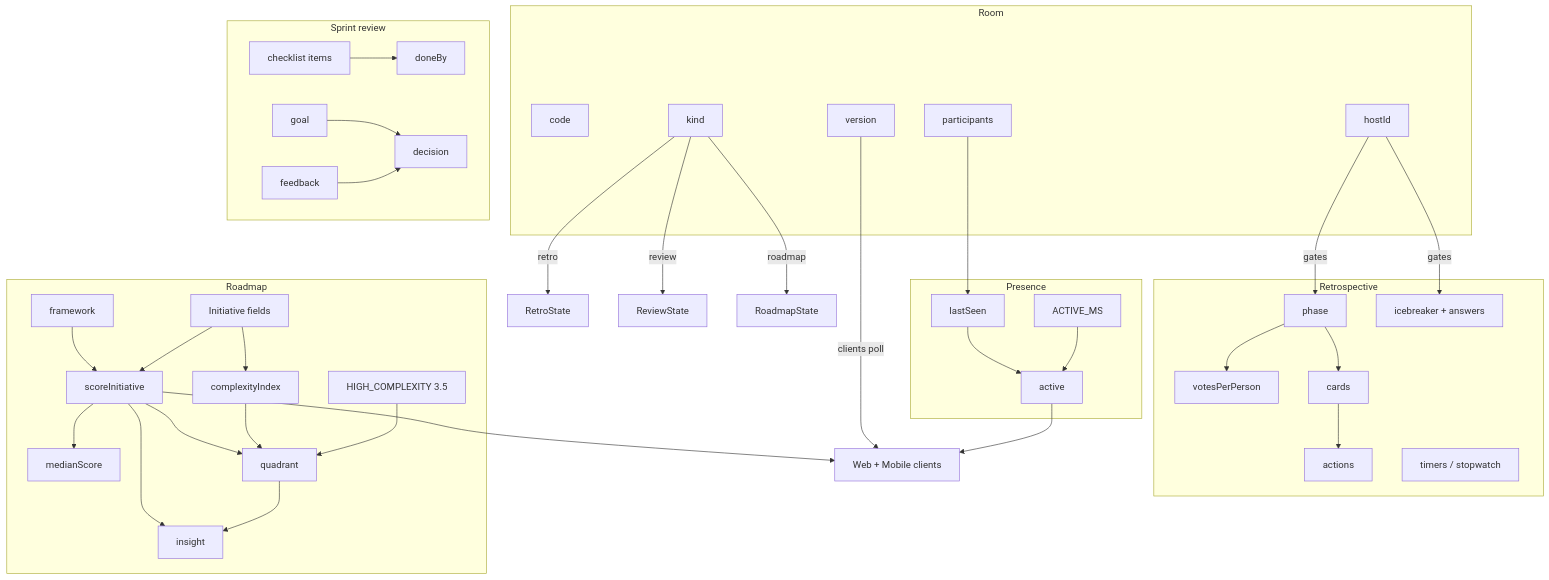
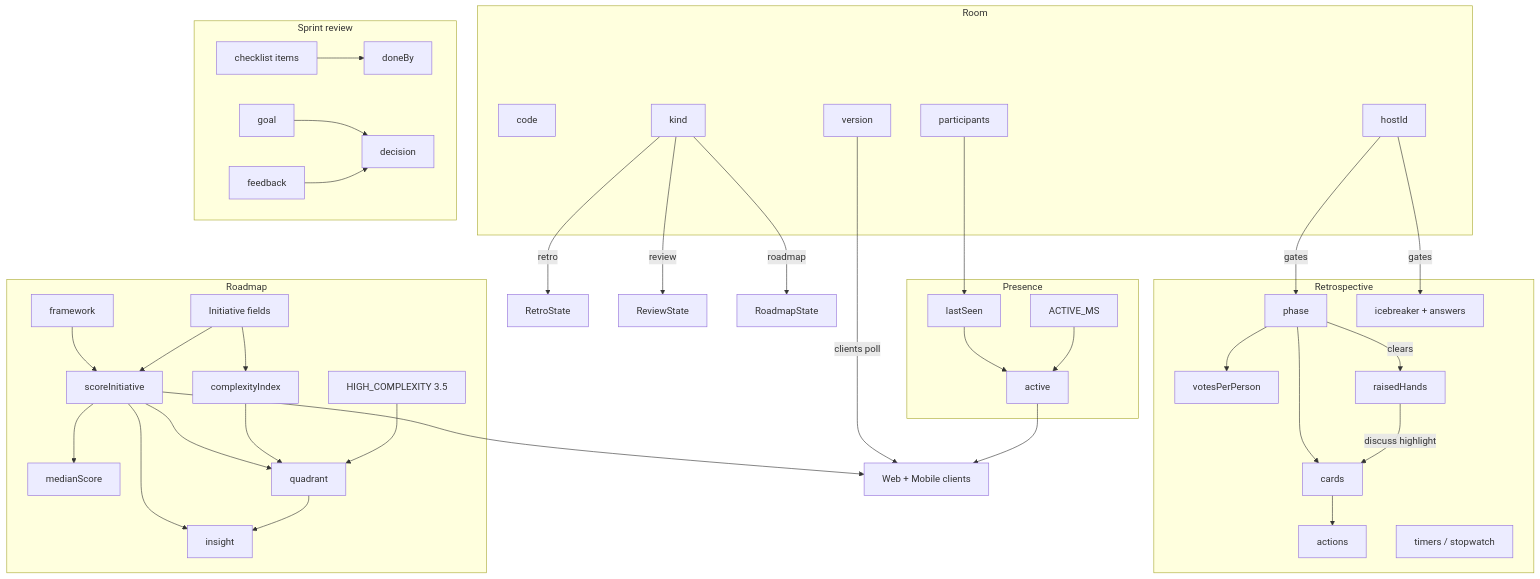
Before and after one commit to RifqiMT/pm-collaboration: the first of 2 diagrams in docs/VARIABLES.md, drawn with Mermaid. The commit also changed other lines of this file and 26 other files, not shown here.

````diff
--- a/docs/VARIABLES.md
+++ b/docs/VARIABLES.md
@@ -221,76 +224,79 @@
 ```mermaid
 flowchart TB
   subgraph room [Room]
     code[code]
     kind[kind]
     version[version]
     hostId[hostId]
     participants[participants]
   end
 
   subgraph presence [Presence]
     lastSeen[lastSeen]
     ACTIVE_MS[ACTIVE_MS]
     active[active]
   end
 
   lastSeen --> active
   ACTIVE_MS --> active
   participants --> lastSeen
 
   kind -->|retro| RetroState
   kind -->|review| ReviewState
   kind -->|roadmap| RoadmapState
 
   subgraph retro [Retrospective]
     phase[phase]
     votesPerPerson[votesPerPerson]
     cards[cards]
     actions[actions]
     timers[timers / stopwatch]
     icebreaker[icebreaker + answers]
+    raisedHands[raisedHands]
   end
 
   phase --> cards
   phase --> votesPerPerson
+  phase -->|clears| raisedHands
   cards --> actions
+  raisedHands -->|discuss highlight| cards
   hostId -->|gates| phase
   hostId -->|gates| icebreaker
 
   subgraph review [Sprint review]
     goal[goal]
     items[checklist items]
     doneBy[doneBy]
     decision[decision]
     feedback[feedback]
   end
 
   items --> doneBy
   goal --> decision
   feedback --> decision
 
   subgraph roadmap [Roadmap]
     framework[framework]
     initiative[Initiative fields]
     score[scoreInitiative]
     complexity[complexityIndex]
     median[medianScore]
     HIGH[HIGH_COMPLEXITY 3.5]
     quadrant[quadrant]
     insight[insight]
   end
 
   framework --> score
   initiative --> score
   initiative --> complexity
   score --> median
   score --> quadrant
   complexity --> quadrant
   HIGH --> quadrant
   score --> insight
   quadrant --> insight
 
   version -->|clients poll| WebMobile[Web + Mobile clients]
   score --> WebMobile
   active --> WebMobile
 ```
````
